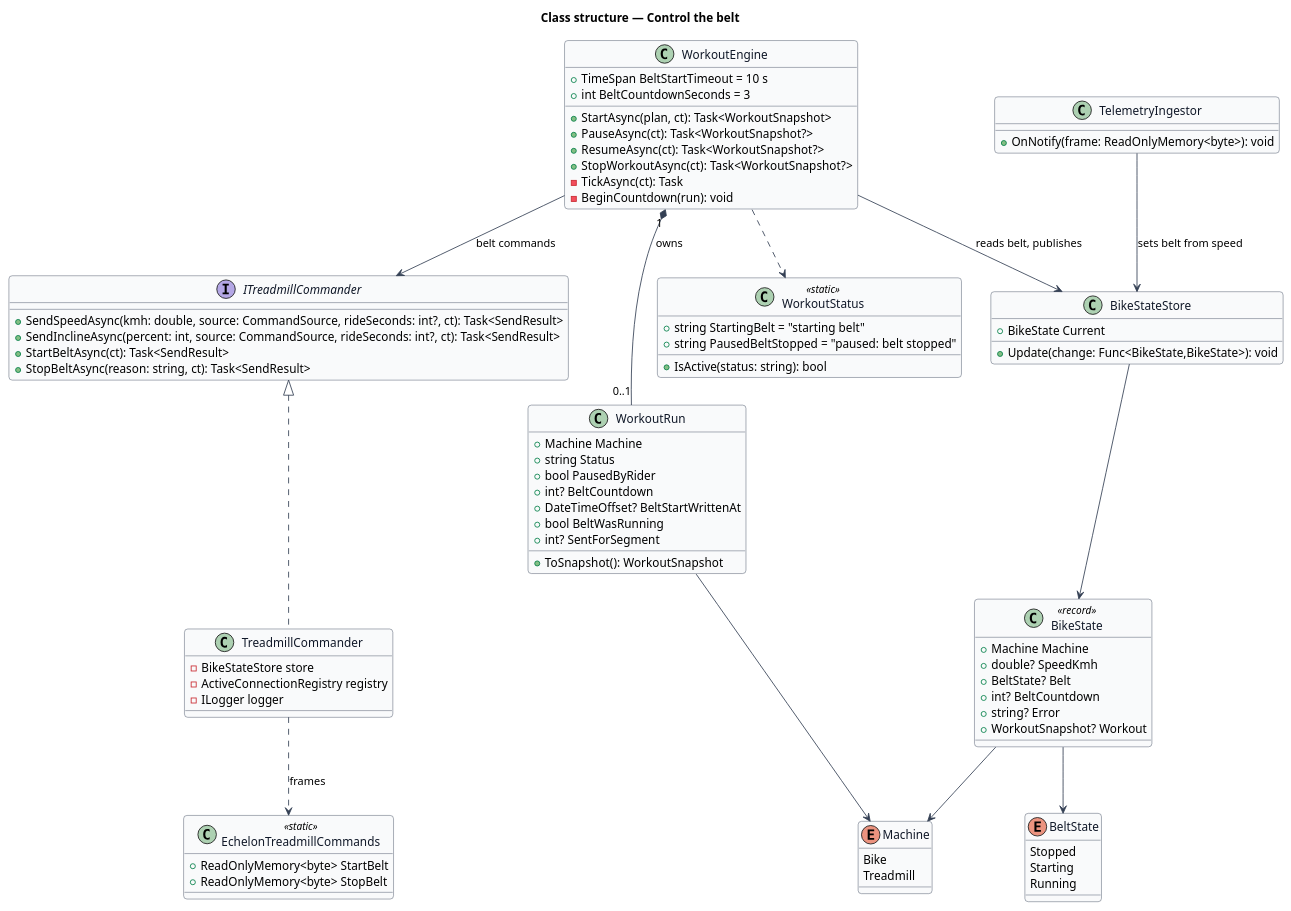
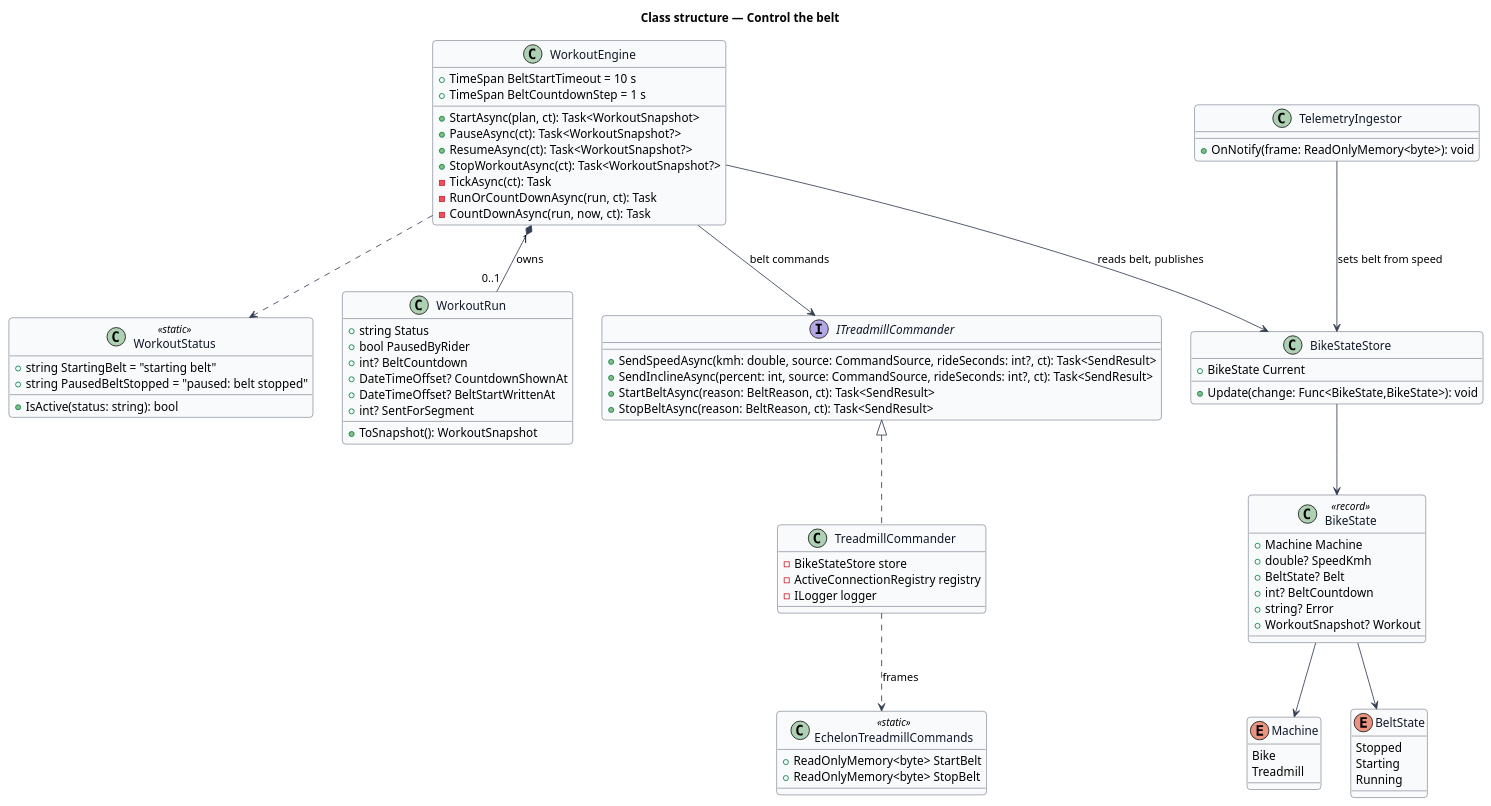
Before and after one commit to QuinntyneBrown/ride-one: the diagram in docs/detailed-designs/treadmill/control-the-belt/diagrams/class-structure.puml, drawn with PlantUML. The commit also changed 14 other files, not shown here.

```diff
--- a/docs/detailed-designs/treadmill/control-the-belt/diagrams/class-structure.puml
+++ b/docs/detailed-designs/treadmill/control-the-belt/diagrams/class-structure.puml
@@ -1,100 +1,99 @@
 @startuml
 skinparam backgroundColor #FFFFFF
 skinparam shadowing false
 skinparam roundcorner 8
 skinparam defaultFontName Arial
 skinparam ArrowColor #344054
 skinparam class {
   BorderColor #344054
   FontColor #101828
   BackgroundColor #F9FAFB
 }
 title Class structure — Control the belt
 
 enum Machine {
   Bike
   Treadmill
 }
 
 enum BeltState {
   Stopped
   Starting
   Running
 }
 
 class BikeState <<record>> {
   +Machine Machine
   +double? SpeedKmh
   +BeltState? Belt
   +int? BeltCountdown
   +string? Error
   +WorkoutSnapshot? Workout
 }
 
 class WorkoutStatus <<static>> {
   +string StartingBelt = "starting belt"
   +string PausedBeltStopped = "paused: belt stopped"
   +IsActive(status: string): bool
 }
 
 class WorkoutRun {
-  +Machine Machine
   +string Status
   +bool PausedByRider
   +int? BeltCountdown
+  +DateTimeOffset? CountdownShownAt
   +DateTimeOffset? BeltStartWrittenAt
-  +bool BeltWasRunning
   +int? SentForSegment
   +ToSnapshot(): WorkoutSnapshot
 }
 
 class WorkoutEngine {
   +TimeSpan BeltStartTimeout = 10 s
-  +int BeltCountdownSeconds = 3
+  +TimeSpan BeltCountdownStep = 1 s
   +StartAsync(plan, ct): Task<WorkoutSnapshot>
   +PauseAsync(ct): Task<WorkoutSnapshot?>
   +ResumeAsync(ct): Task<WorkoutSnapshot?>
   +StopWorkoutAsync(ct): Task<WorkoutSnapshot?>
   -TickAsync(ct): Task
-  -BeginCountdown(run): void
+  -RunOrCountDownAsync(run, ct): Task
+  -CountDownAsync(run, now, ct): Task
 }
 
 interface ITreadmillCommander {
   +SendSpeedAsync(kmh: double, source: CommandSource, rideSeconds: int?, ct): Task<SendResult>
   +SendInclineAsync(percent: int, source: CommandSource, rideSeconds: int?, ct): Task<SendResult>
-  +StartBeltAsync(ct): Task<SendResult>
-  +StopBeltAsync(reason: string, ct): Task<SendResult>
+  +StartBeltAsync(reason: BeltReason, ct): Task<SendResult>
+  +StopBeltAsync(reason: BeltReason, ct): Task<SendResult>
 }
 
 class TreadmillCommander {
   -BikeStateStore store
   -ActiveConnectionRegistry registry
   -ILogger logger
 }
 
 class EchelonTreadmillCommands <<static>> {
   +ReadOnlyMemory<byte> StartBelt
   +ReadOnlyMemory<byte> StopBelt
 }
 
 class TelemetryIngestor {
   +OnNotify(frame: ReadOnlyMemory<byte>): void
 }
 
 class BikeStateStore {
   +BikeState Current
   +Update(change: Func<BikeState,BikeState>): void
 }
 
 ITreadmillCommander <|.. TreadmillCommander
 WorkoutEngine "1" *-- "0..1" WorkoutRun : owns
 WorkoutEngine --> ITreadmillCommander : belt commands
 WorkoutEngine --> BikeStateStore : reads belt, publishes
 WorkoutEngine ..> WorkoutStatus
 TreadmillCommander ..> EchelonTreadmillCommands : frames
 TelemetryIngestor --> BikeStateStore : sets belt from speed
 BikeStateStore --> BikeState
 BikeState --> BeltState
 BikeState --> Machine
-WorkoutRun --> Machine
 @enduml
```
